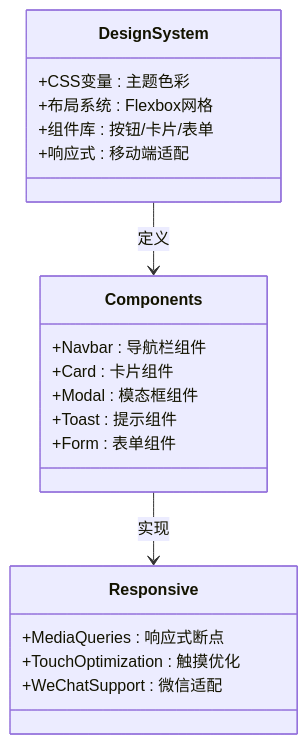
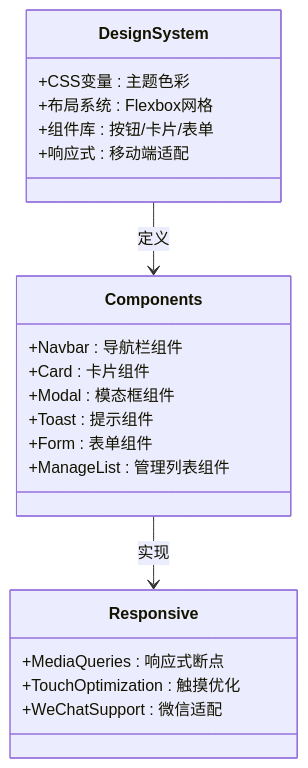
One commit to louyinmin/recorded changed the third of 17 diagrams in .qoder/repowiki/zh/content/前端页面详解/前端页面详解.md. Above: the diagram before and after it, drawn with Mermaid. The commit also changed other lines of this file and 6 other files, not shown here.

````diff
--- a/.qoder/repowiki/zh/content/前端页面详解/前端页面详解.md
+++ b/.qoder/repowiki/zh/content/前端页面详解/前端页面详解.md
@@ -114,23 +133,24 @@
 ```mermaid
 classDiagram
 class DesignSystem {
 +CSS变量 : 主题色彩
 +布局系统 : Flexbox网格
 +组件库 : 按钮/卡片/表单
 +响应式 : 移动端适配
 }
 class Components {
 +Navbar : 导航栏组件
 +Card : 卡片组件
 +Modal : 模态框组件
 +Toast : 提示组件
 +Form : 表单组件
++ManageList : 管理列表组件
 }
 class Responsive {
 +MediaQueries : 响应式断点
 +TouchOptimization : 触摸优化
 +WeChatSupport : 微信适配
 }
 DesignSystem --> Components : 定义
 Components --> Responsive : 实现
 ```
````
